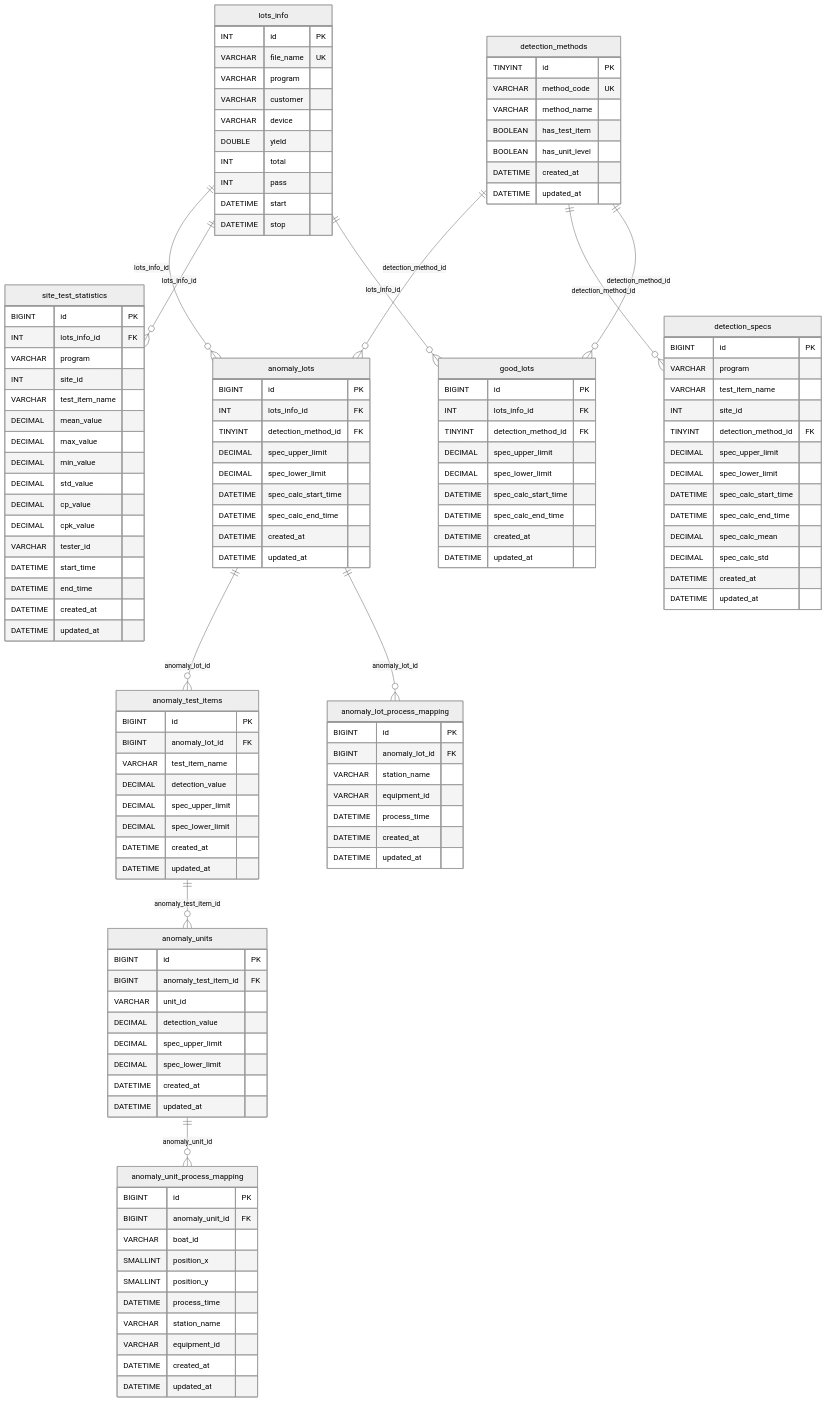
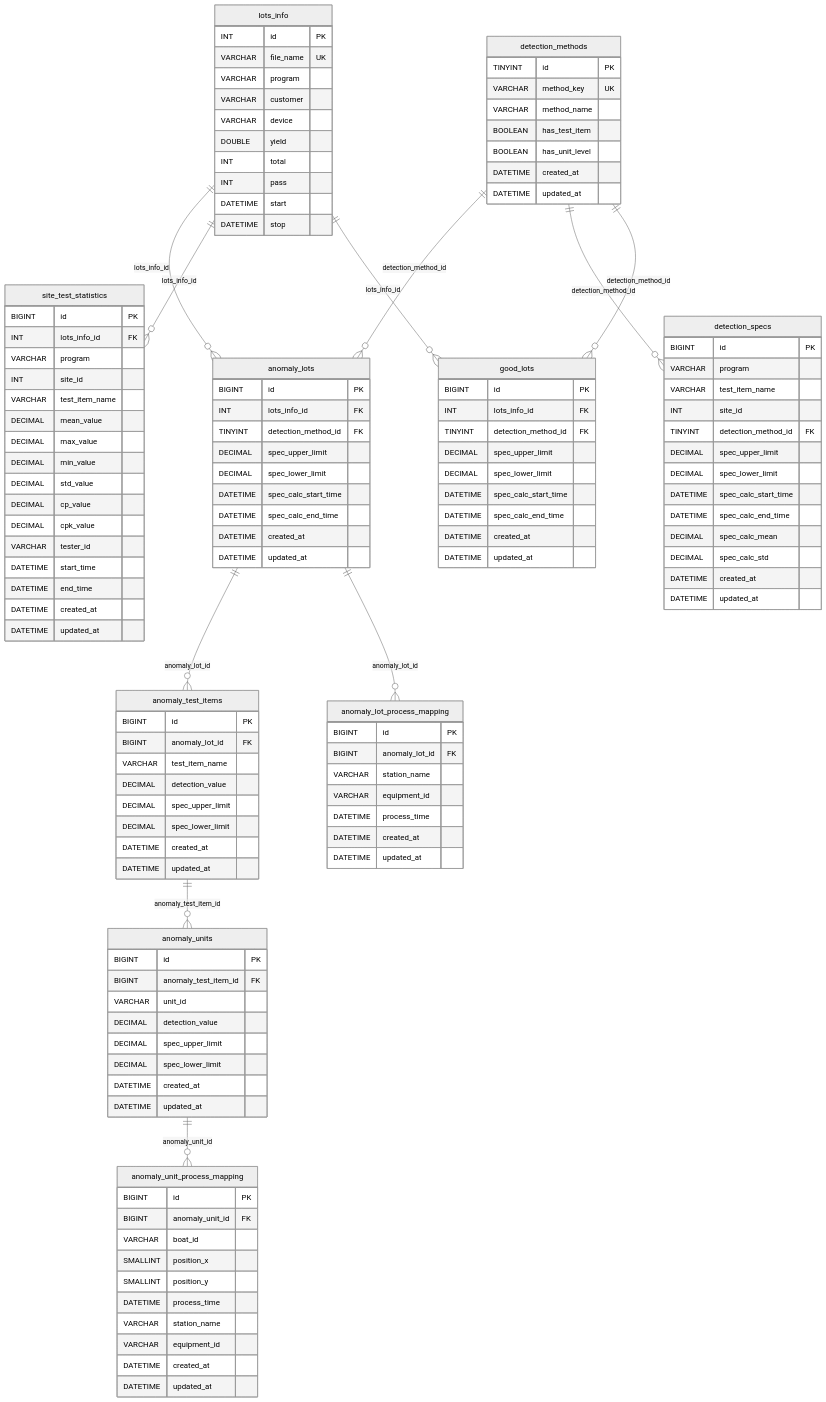
The diagram in README.md (BriantsaiCoder/dapper_best_practice_net46), drawn with Mermaid (neutral theme) before and after one commit. The commit also changed other lines of this file and 5 other files, not shown here.

First line of the commit message:
refactor(detection-method): 將 method_code 更名為 method_key

```diff
--- a/README.md
+++ b/README.md
@@ -550,7 +550,7 @@
     %% ─── schema.sql（核心 9 張表） ───────────────────────────
     detection_methods {
         TINYINT id PK
-        VARCHAR method_code UK
+        VARCHAR method_key UK
         VARCHAR method_name
         BOOLEAN has_test_item
         BOOLEAN has_unit_level
```
